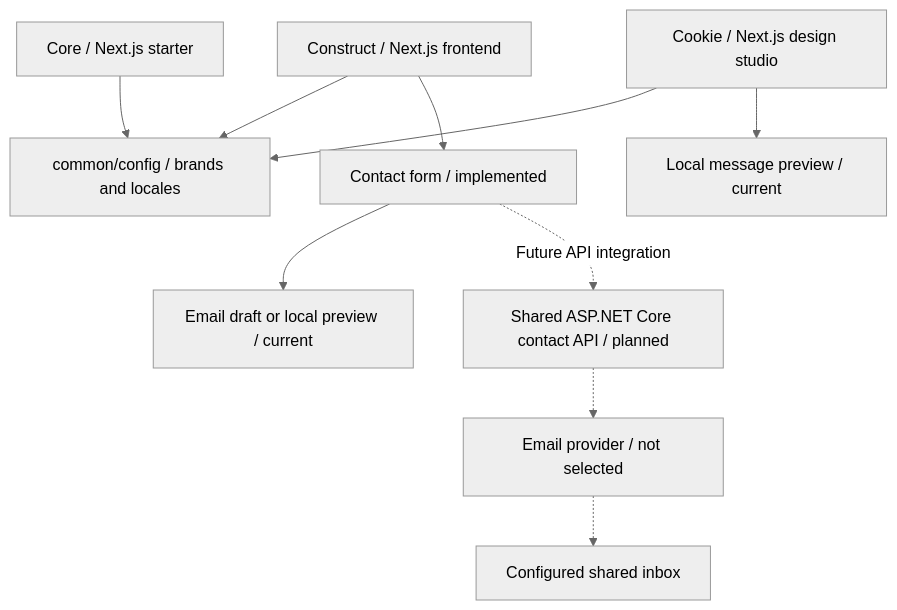
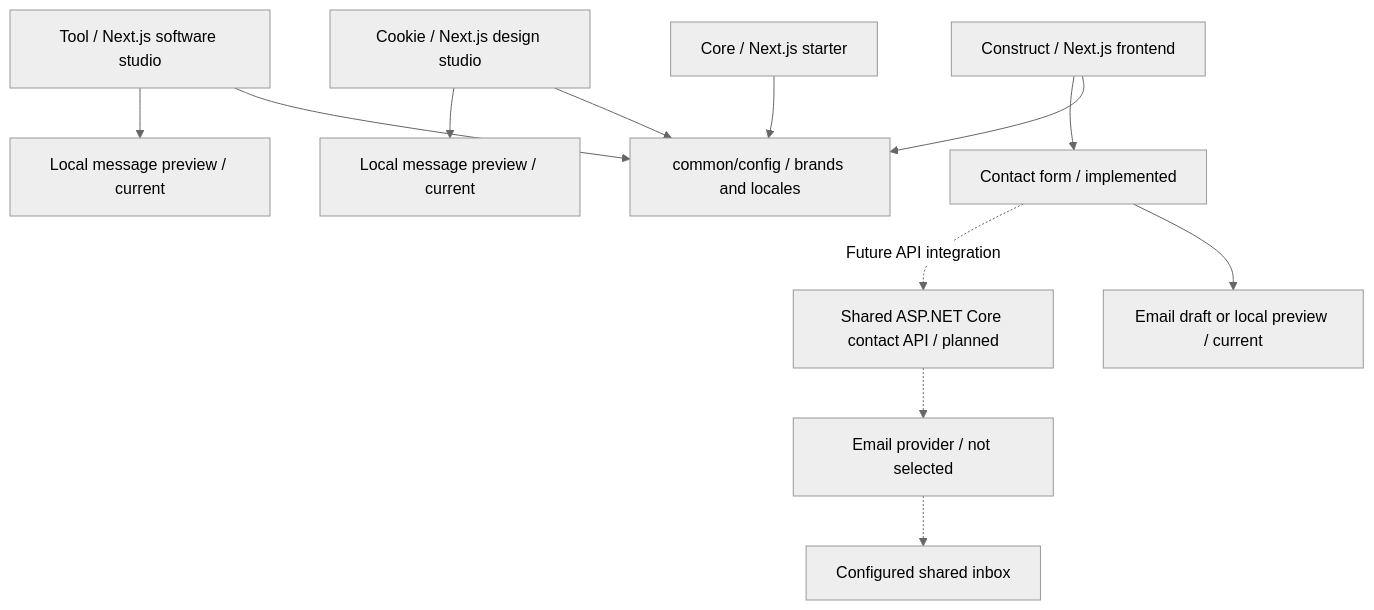
Before and after one commit to YioGoi/core-initiative: the diagram in docs/architecture.md, drawn with Mermaid (neutral theme). The commit also changed other lines of this file and 38 other files, not shown here.

First line of the commit message:
feat: add multilingual Tool studio and refine Cookie interactions (#2)

````diff
--- a/docs/architecture.md
+++ b/docs/architecture.md
@@ -9,12 +9,14 @@
 ```mermaid
 flowchart TD
     Core["Core / Next.js starter"] --> Config["common/config / brands and locales"]
     Construct["Construct / Next.js frontend"] --> Config
     Cookie["Cookie / Next.js design studio"] --> Config
+    Tool["Tool / Next.js software studio"] --> Config
+    Tool --> ToolPreview["Local message preview / current"]
     Cookie --> CookiePreview["Local message preview / current"]
     Construct --> Form["Contact form / implemented"]
     Form --> Draft["Email draft or local preview / current"]
     Form -. "Future API integration" .-> API["Shared ASP.NET Core contact API / planned"]
     API -.-> Provider["Email provider / not selected"]
     Provider -.-> Inbox["Configured shared inbox"]
 ```
````
